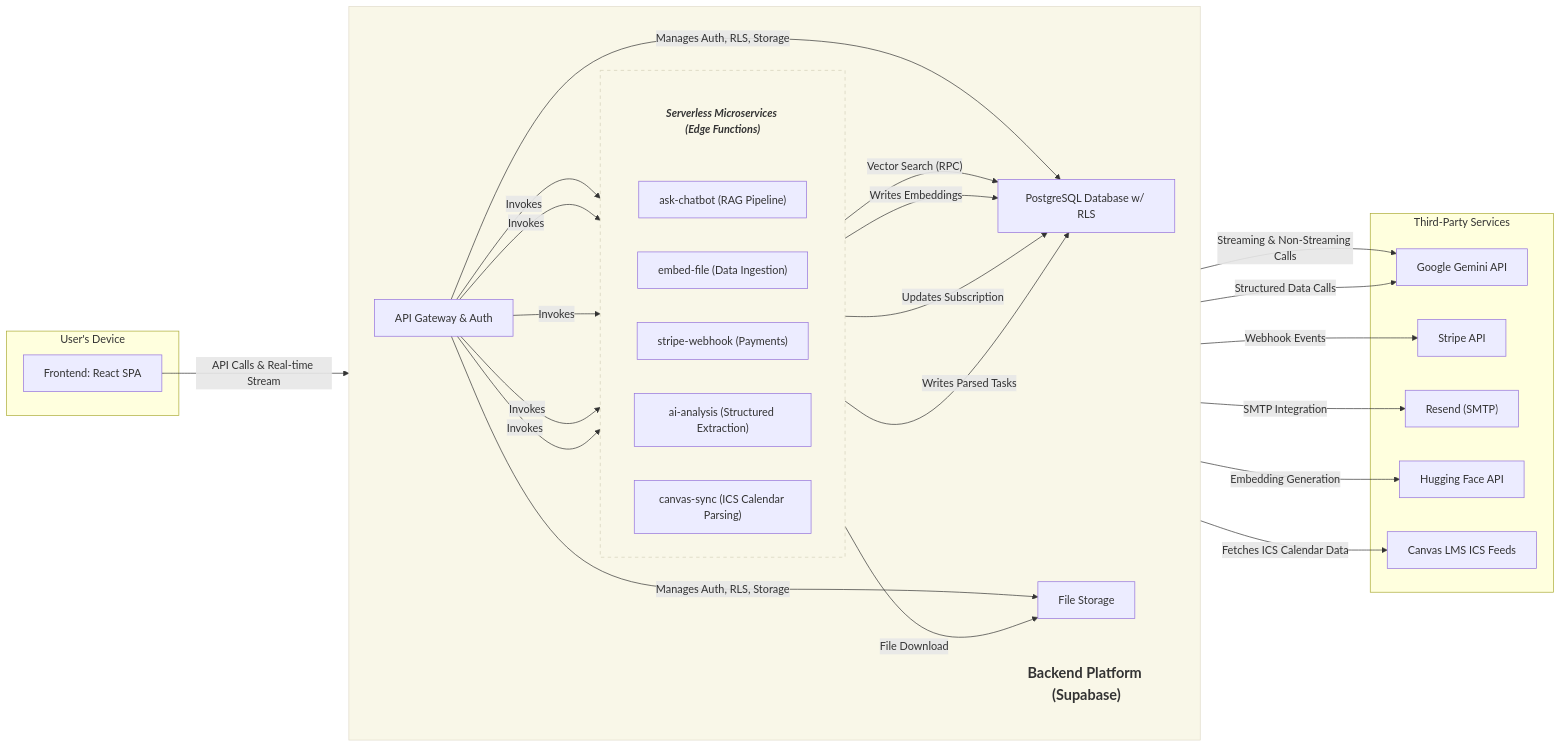
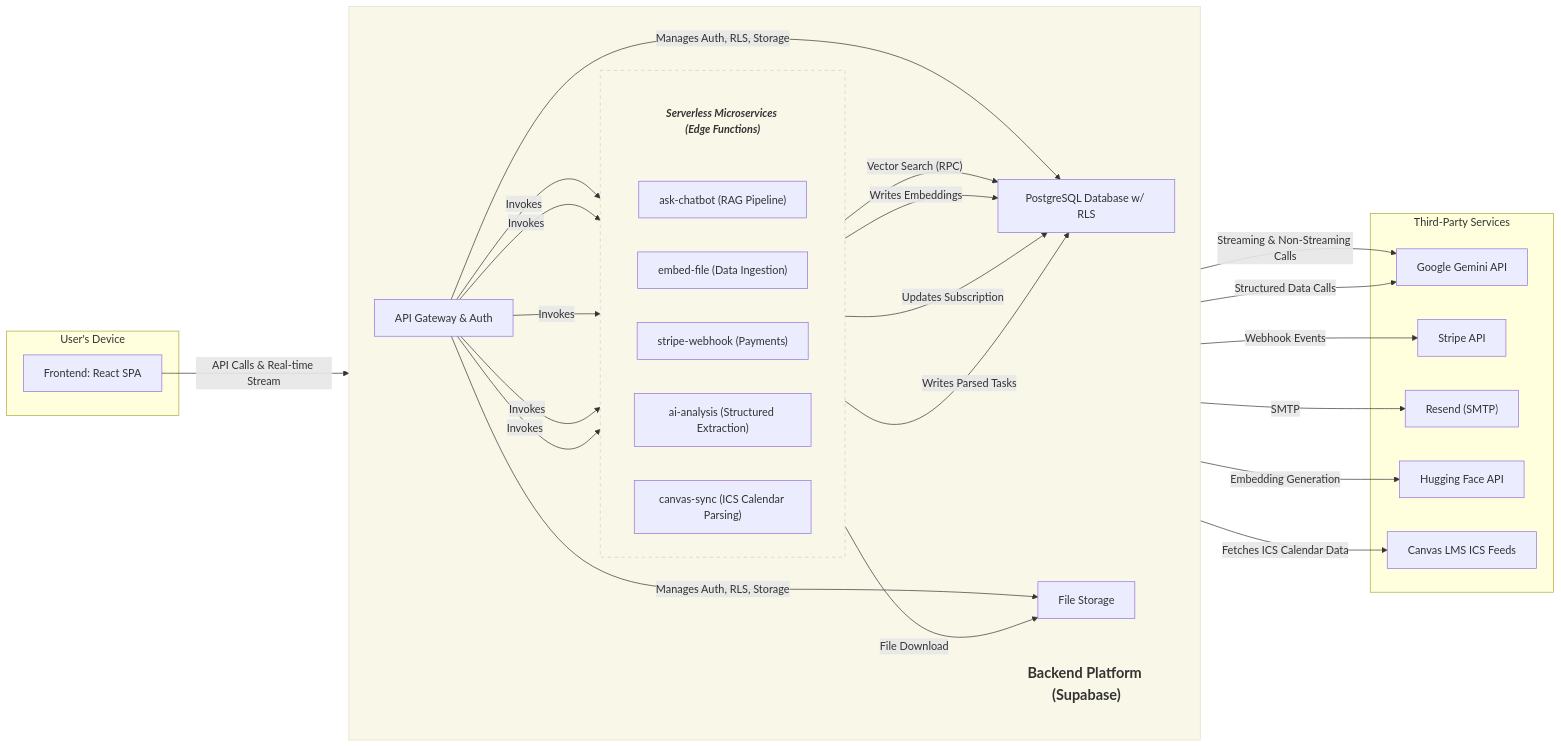
One commit to tonytrieu-dev/schedulebud-overview changed the diagram in README.md. Above: the diagram before and after it, drawn with Mermaid. The commit also changed other lines of this file, not shown here.

Commit message:
Revise SMTP integration and Canvas LMS sections
Updated section titles and improved clarity in the README.

````diff
--- a/README.md
+++ b/README.md
@@ -35,72 +35,72 @@
 ```mermaid
 graph LR
     subgraph "User's Device"
         A[Frontend: React SPA]
     end
 
     %% Main Backend Platform Subgraph
     subgraph P1[ ]
         direction LR
         style P1 fill:#f9f7e8,stroke:#e0dcca
 
         %% Manual Title Node for Backend Platform
         P_Title["<b>Backend Platform (Supabase)</b>"]
         style P_Title fill:none,stroke:none,font-weight:bold,font-size:1.1em
 
         B[API Gateway & Auth]
         C[PostgreSQL Database w/ RLS]
         E[File Storage]
         
         %% Serverless Microservices Group
         subgraph F_Group [ ]
             direction LR
             style F_Group fill:#f9f7e8,stroke:#d3d0b8,stroke-dasharray: 5 5
 
             %% Manual Title Node for Serverless Microservices
             F_Title["<b>Serverless Microservices (Edge Functions)</b>"]
             style F_Title fill:none,stroke:none,font-weight:normal,font-style:italic,font-size:1em
 
             F1["ask-chatbot (RAG Pipeline)"]
             F2["embed-file (Data Ingestion)"]
             F3["stripe-webhook (Payments)"]
             F4["ai-analysis (Structured Extraction)"]
             F5["canvas-sync (ICS Calendar Parsing)"]
         end
     end
 
     subgraph "Third-Party Services"
         G[Google Gemini API]
         H[Stripe API]
         I["Resend (SMTP)"]
         J[Hugging Face API]
         K[Canvas LMS ICS Feeds]
     end
 
     %% Define connections
     A -- "API Calls & Real-time Stream" --> B
     
     B -- "Invokes" --> F1
     B -- "Invokes" --> F2
     B -- "Invokes" --> F3
     B -- "Invokes" --> F4
     B -- "Invokes" --> F5
 
     B -- "Manages Auth, RLS, Storage" --> C
     B -- "Manages Auth, RLS, Storage" --> E
-    B -- "SMTP Integration" --> I
+    B -- "SMTP " --> I
 
     F1 -- "Vector Search (RPC)" --> C
     F1 -- "Streaming & Non-Streaming Calls" --> G
     
     F2 -- "File Download" --> E
     F2 -- "Embedding Generation" --> J
     F2 -- "Writes Embeddings" --> C
 
     F3 -- "Webhook Events" --> H
     F3 -- "Updates Subscription" --> C
 
     F4 -- "Structured Data Calls" --> G
 
     F5 -- "Fetches ICS Calendar Data" --> K
     F5 -- "Writes Parsed Tasks" --> C
 ```
````
